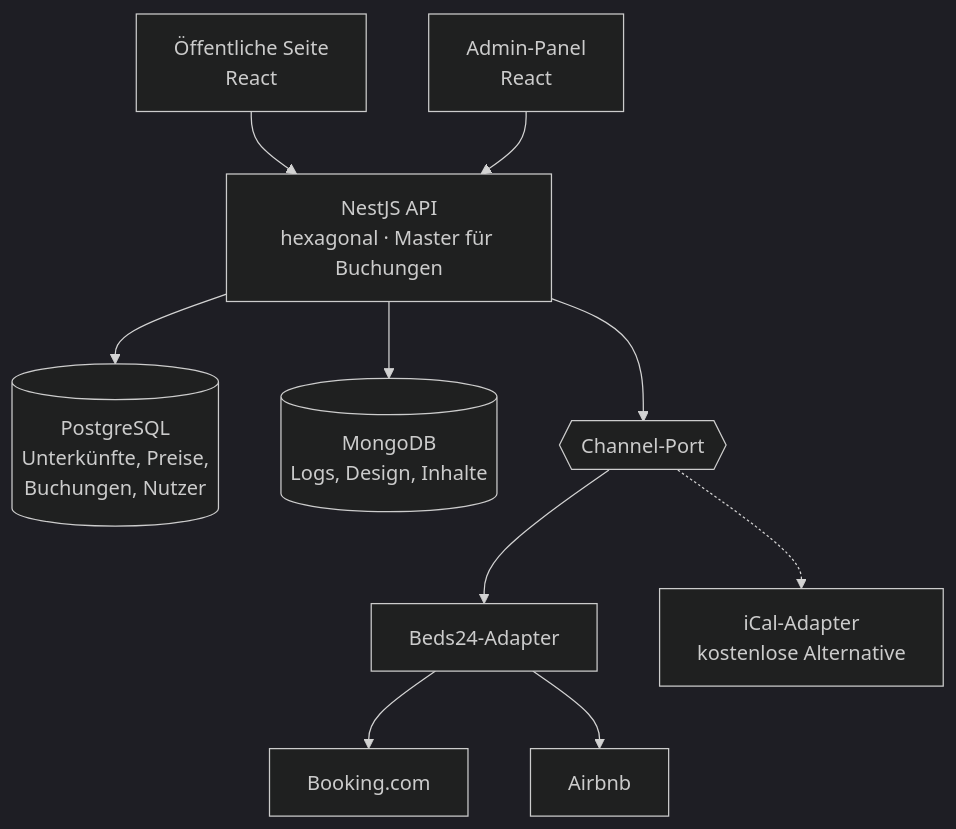
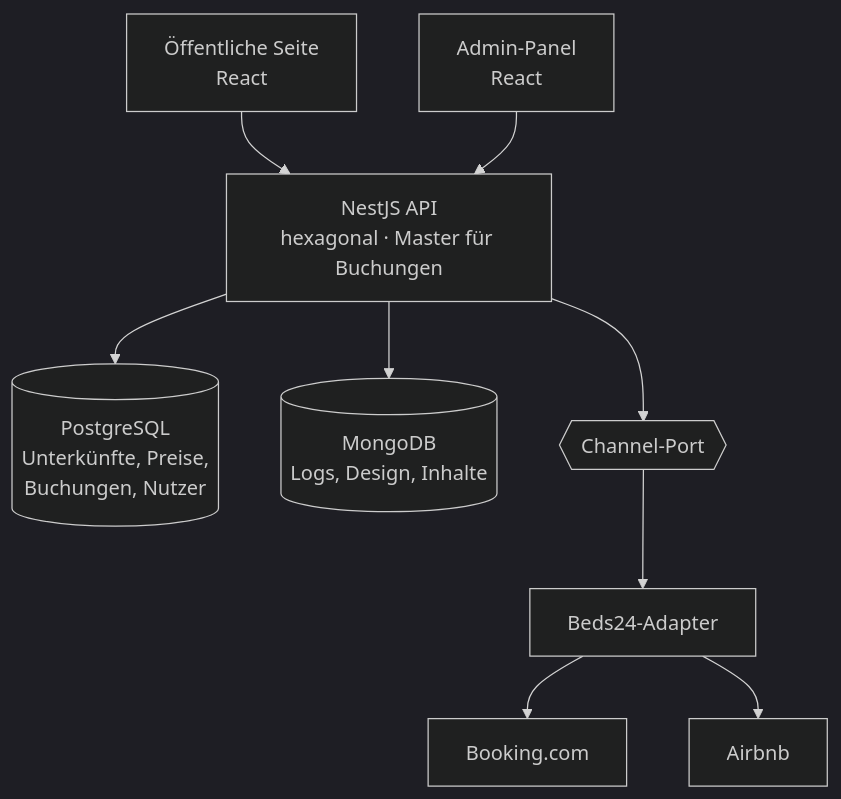
Before and after one commit to ReneSchneider98/hausanna-bodenmais: the diagram in README.md, drawn with Mermaid (dark theme). The commit also changed other lines of this file and 26 other files, not shown here.

````diff
--- a/README.md
+++ b/README.md
@@ -13,12 +13,11 @@
 ```mermaid
 flowchart TD
     Web[Öffentliche Seite<br/>React] --> API
     Admin[Admin-Panel<br/>React] --> API
     API[NestJS API<br/>hexagonal · Master für Buchungen] --> PG[(PostgreSQL<br/>Unterkünfte, Preise,<br/>Buchungen, Nutzer)]
     API --> MDB[(MongoDB<br/>Logs, Design, Inhalte)]
     API --> Port{{Channel-Port}}
     Port --> Beds24[Beds24-Adapter]
-    Port -.-> Ical[iCal-Adapter<br/>kostenlose Alternative]
     Beds24 --> BDC[Booking.com]
     Beds24 --> ABB[Airbnb]
 ```
````
